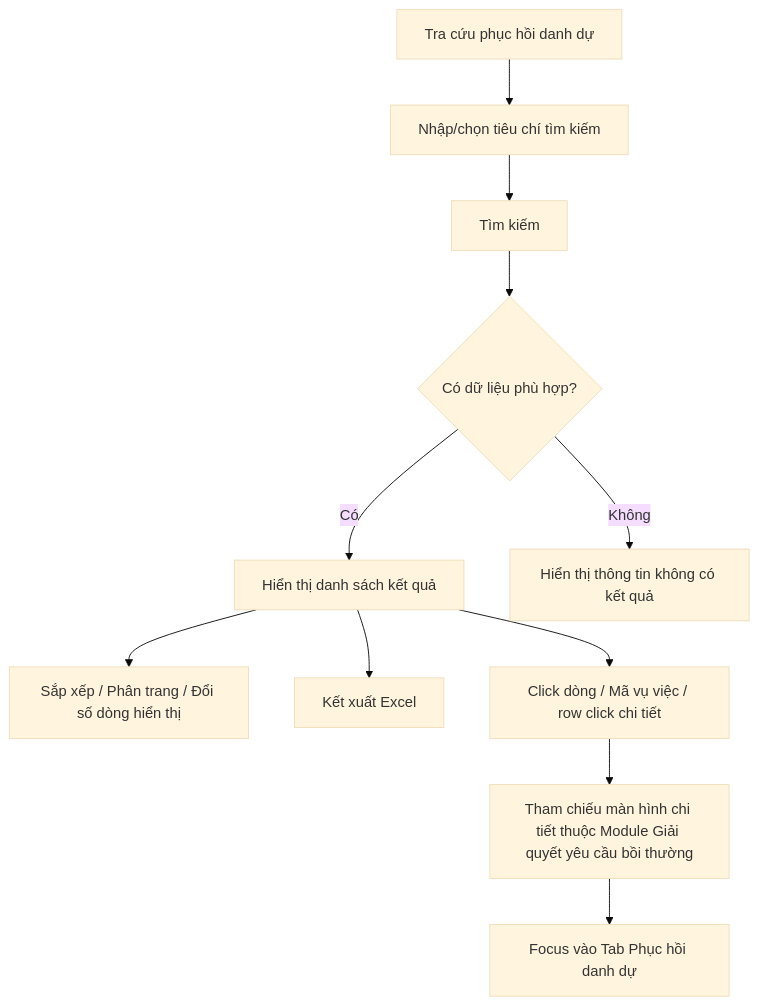
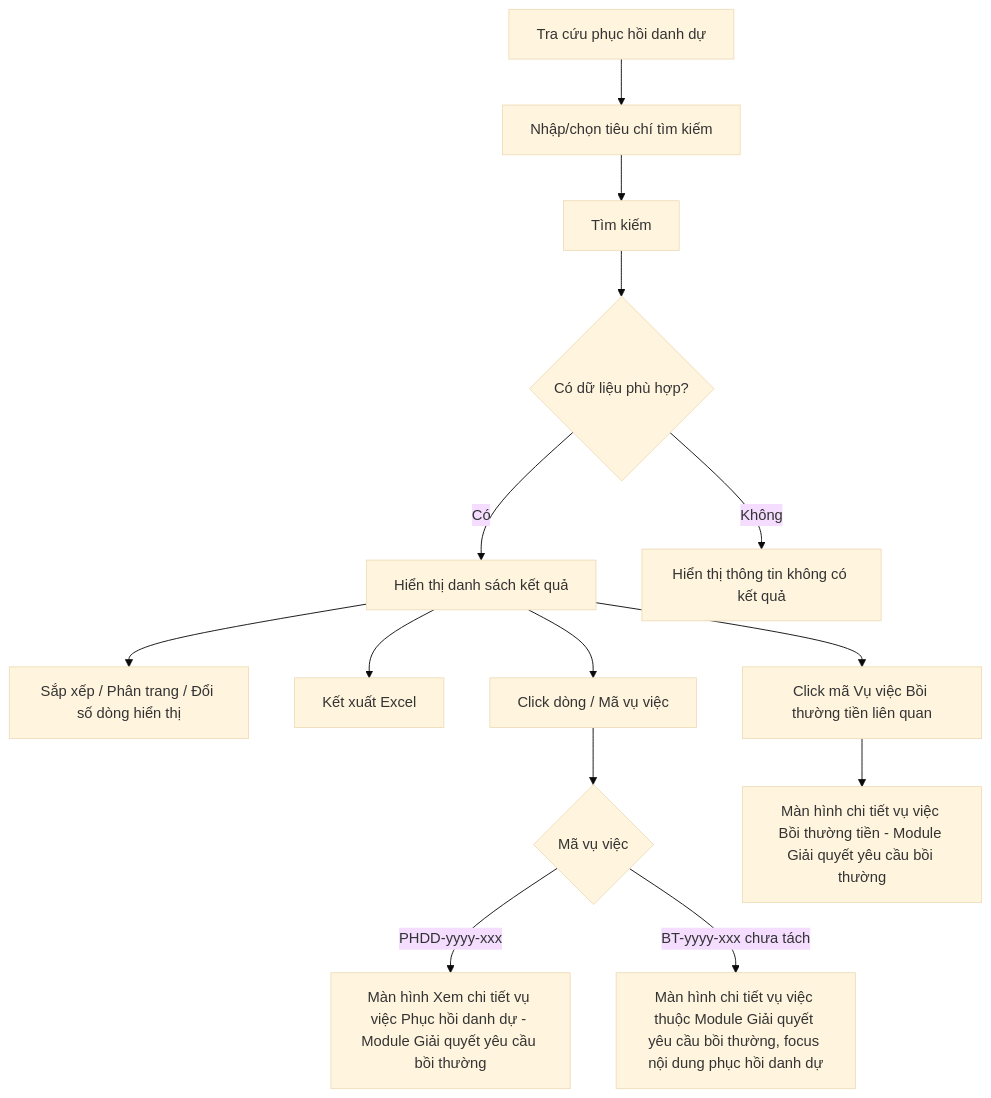
Before and after one commit to huyendt2007/BPBD_UI: the diagram in Tai lieu phan tich/03_Website_Quan_tri/03_Cong_tac_boi_thuong/SRS_BTNN_TraCuuVuViec_PhucHoiDanhDu.md, drawn with Mermaid (base theme). The commit also changed other lines of this file and 15 other files, not shown here.

````diff
--- a/Tai lieu phan tich/03_Website_Quan_tri/03_Cong_tac_boi_thuong/SRS_BTNN_TraCuuVuViec_PhucHoiDanhDu.md
+++ b/Tai lieu phan tich/03_Website_Quan_tri/03_Cong_tac_boi_thuong/SRS_BTNN_TraCuuVuViec_PhucHoiDanhDu.md
@@ -33,13 +35,16 @@
 ```mermaid
 flowchart TD
     A[Tra cứu phục hồi danh dự] --> B[Nhập/chọn tiêu chí tìm kiếm]
     B --> C[Tìm kiếm]
     C --> D{Có dữ liệu phù hợp?}
     D -->|Có| E[Hiển thị danh sách kết quả]
     D -->|Không| F[Hiển thị thông tin không có kết quả]
     E --> G[Sắp xếp / Phân trang / Đổi số dòng hiển thị]
     E --> H[Kết xuất Excel]
-    E --> I[Click dòng / Mã vụ việc / row click chi tiết]
-    I --> J[Tham chiếu màn hình chi tiết thuộc Module Giải quyết yêu cầu bồi thường]
-    J --> K[Focus vào Tab Phục hồi danh dự]
+    E --> I[Click dòng / Mã vụ việc]
+    I --> J{Mã vụ việc}
+    J -->|PHDD-yyyy-xxx| K[Màn hình Xem chi tiết vụ việc Phục hồi danh dự - Module Giải quyết yêu cầu bồi thường]
+    J -->|BT-yyyy-xxx chưa tách| L[Màn hình chi tiết vụ việc thuộc Module Giải quyết yêu cầu bồi thường, focus nội dung phục hồi danh dự]
+    E --> M[Click mã Vụ việc Bồi thường tiền liên quan]
+    M --> N[Màn hình chi tiết vụ việc Bồi thường tiền - Module Giải quyết yêu cầu bồi thường]
 ```
````
